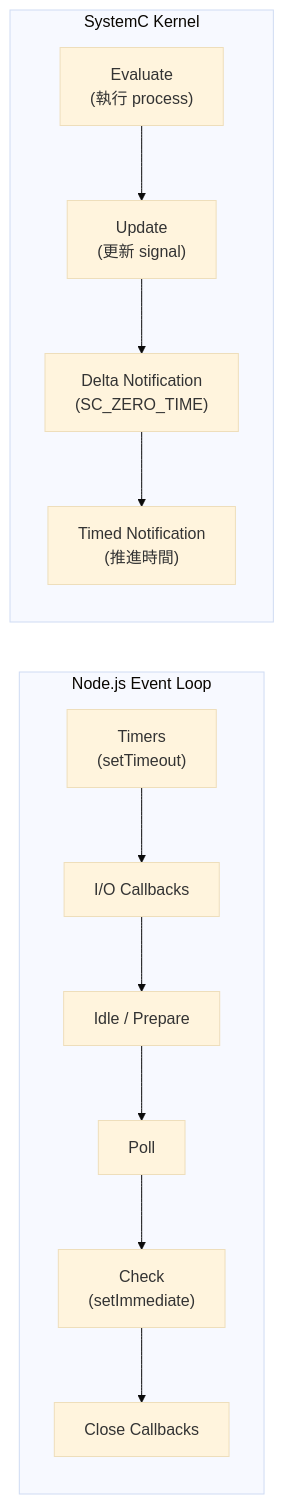
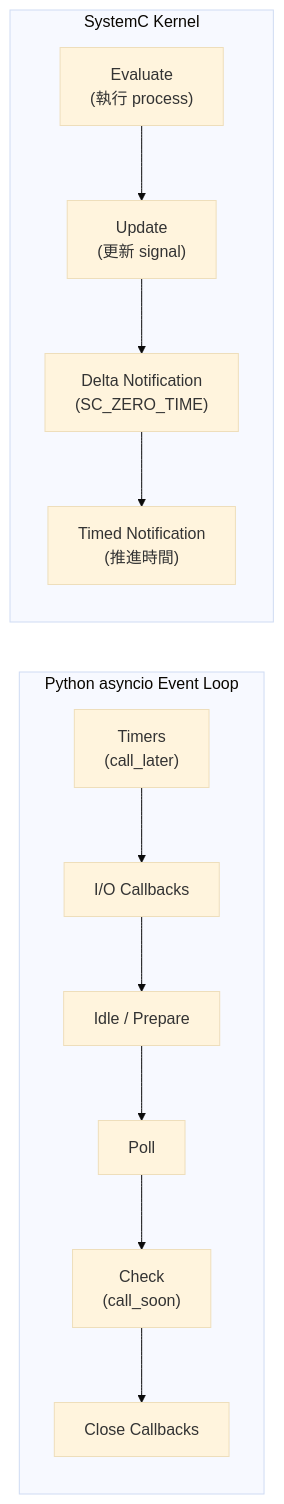
One commit to abc1199281lab-cmd/systemc_notes changed diagram 14 of 14 in doc_v2/examples/topdown/concurrency-model.md. Above: the diagram before and after it, drawn with Mermaid (base theme). The commit also changed other lines of this file and 43 other files, not shown here.

First line of the commit message:
docs: replace Go/Java/Node.js analogies with Python/C++ equivalents

````diff
--- a/doc_v2/examples/topdown/concurrency-model.md
+++ b/doc_v2/examples/topdown/concurrency-model.md
@@ -500,22 +498,22 @@
 ```mermaid
 flowchart LR
-    subgraph NodeJS["Node.js Event Loop"]
+    subgraph PythonAsyncio["Python asyncio Event Loop"]
         direction TB
-        N1["Timers<br/>(setTimeout)"]
+        N1["Timers<br/>(call_later)"]
         N2["I/O Callbacks"]
         N3["Idle / Prepare"]
         N4["Poll"]
-        N5["Check<br/>(setImmediate)"]
+        N5["Check<br/>(call_soon)"]
         N6["Close Callbacks"]
         N1 --> N2 --> N3 --> N4 --> N5 --> N6
     end
 
     subgraph SystemC_Kernel["SystemC Kernel"]
         direction TB
         S1["Evaluate<br/>(執行 process)"]
         S2["Update<br/>(更新 signal)"]
         S3["Delta Notification<br/>(SC_ZERO_TIME)"]
         S4["Timed Notification<br/>(推進時間)"]
         S1 --> S2 --> S3 --> S4
     end
 ```
````
